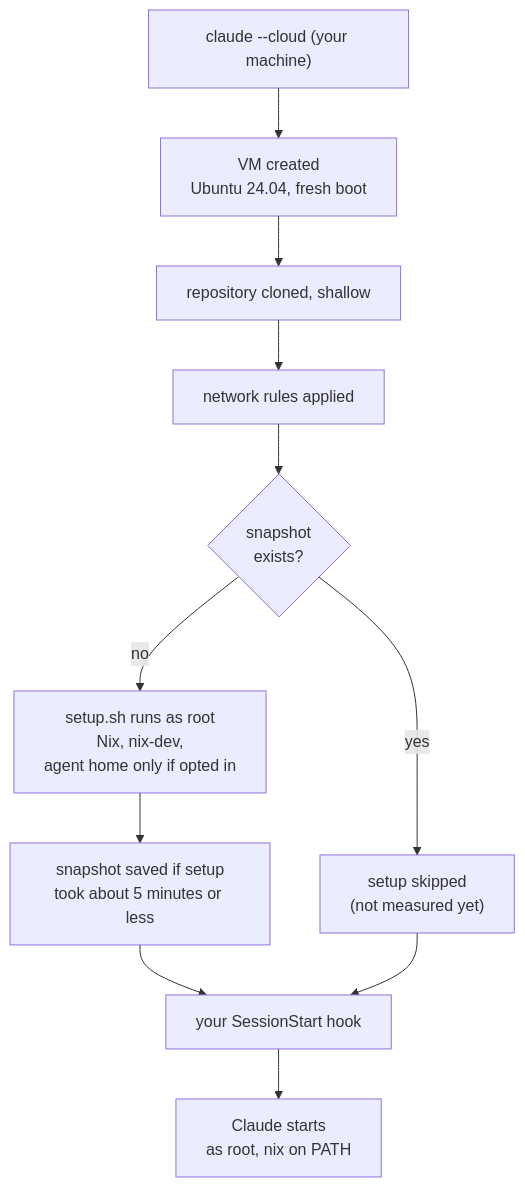
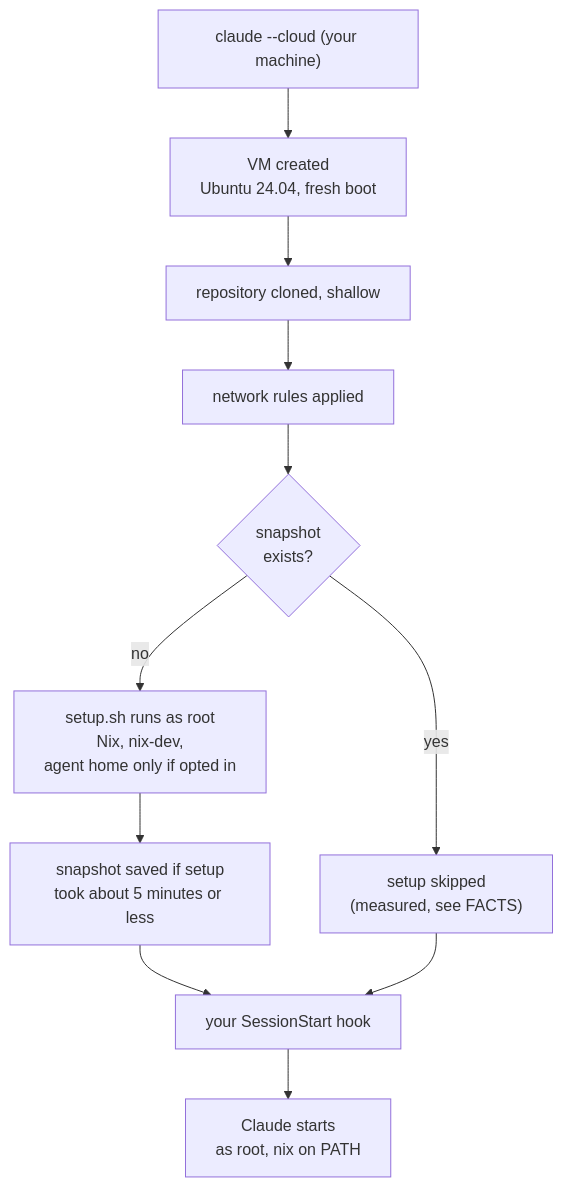
The diagram in docs/SESSION.md (pr0d1r2/claudinix), drawn with Mermaid before and after one commit. The commit also changed 1 other file, not shown here.

Commit message:
docs: mark snapshot reuse as measured in diagram and README
Why: the SESSION diagram and README still called reuse unmeasured after FACTS answered it.
Refs: §T.55, `docs:T34`

Claude-Session: https://claude.ai/code/session_012Dpt7y3j1A3HXixjz9YGxE

````diff
--- a/docs/SESSION.md
+++ b/docs/SESSION.md
@@ -10,13 +10,13 @@
 ```mermaid
 flowchart TD
     A["claude --cloud (your machine)"] --> B["VM created<br/>Ubuntu 24.04, fresh boot"]
     B --> C["repository cloned, shallow"]
     C --> D["network rules applied"]
     D --> E{"snapshot<br/>exists?"}
     E -->|no| F["setup.sh runs as root<br/>Nix, nix-dev,<br/>agent home only if opted in"]
     F --> G["snapshot saved if setup<br/>took about 5 minutes or less"]
-    E -->|yes| H["setup skipped<br/>(not measured yet)"]
+    E -->|yes| H["setup skipped<br/>(measured, see FACTS)"]
     G --> I["your SessionStart hook"]
     H --> I
     I --> J["Claude starts<br/>as root, nix on PATH"]
 ```
````
